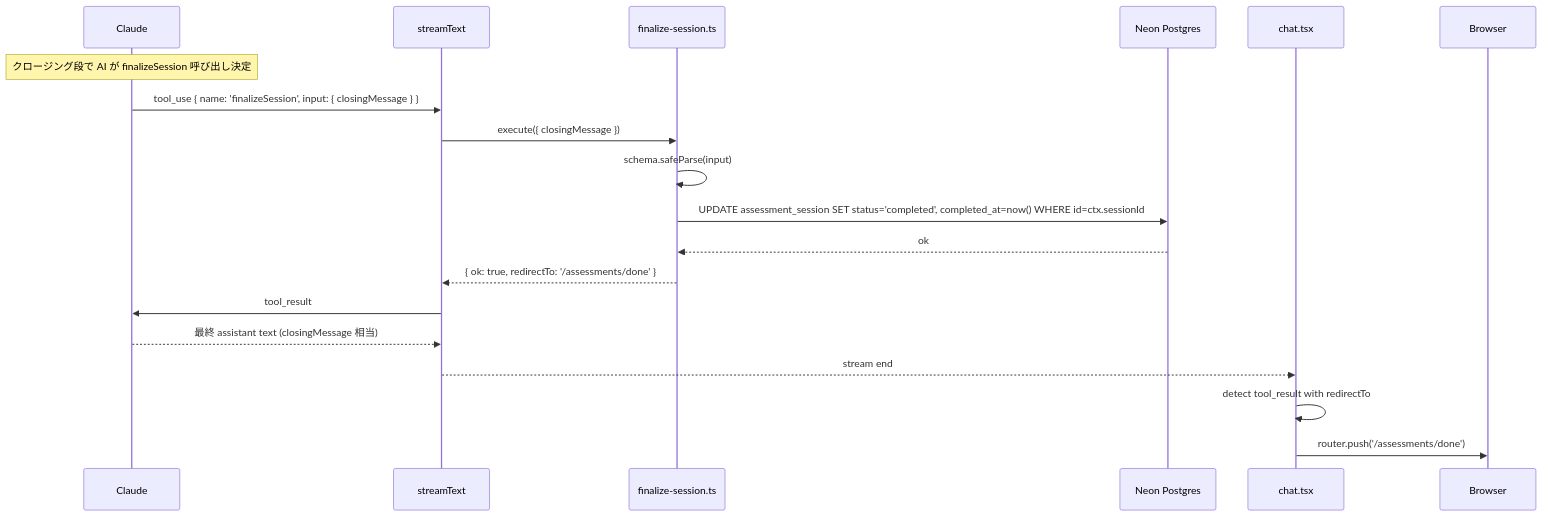
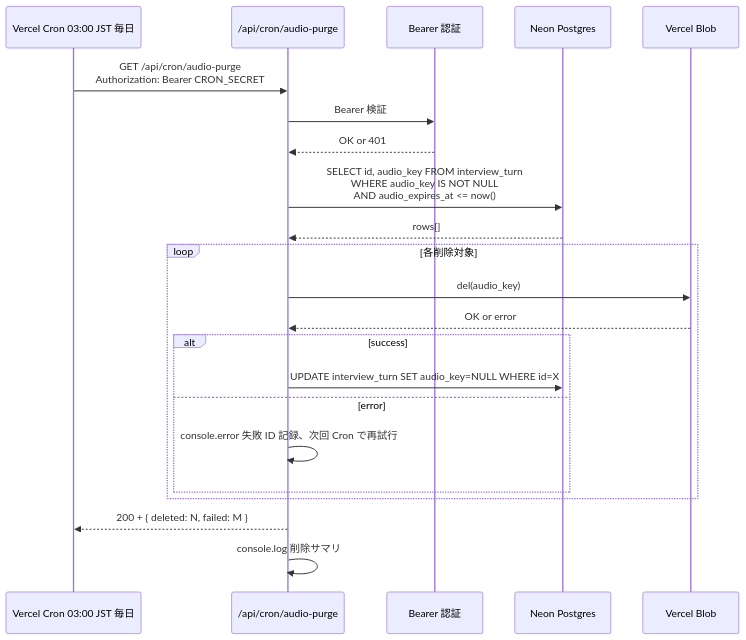
Before and after one commit to nonnta-ww/bulr-app-mvp: the fourth of 6 diagrams in .kiro/specs/assessment-engine/design.md, drawn with Mermaid. The commit also changed other lines of this file and 39 other files, not shown here.

First line of the commit message:
docs(stage1): align specs and steering with face-to-face interview assistant model

````diff
--- a/.kiro/specs/assessment-engine/design.md
+++ b/.kiro/specs/assessment-engine/design.md
@@ -528,22 +534,25 @@
 ```mermaid
 sequenceDiagram
-    participant Anthropic as Claude
-    participant StreamText as streamText
-    participant FinalizeTool as finalize-session.ts
+    participant VC as Vercel Cron 03:00 JST 毎日
+    participant API as /api/cron/audio-purge
+    participant Auth as Bearer 認証
     participant DB as Neon Postgres
-    participant ChatUI as chat.tsx
-    participant Browser
+    participant Blob as Vercel Blob
 
-    Note over Anthropic: クロージング段で AI が finalizeSession 呼び出し決定
-    Anthropic->>StreamText: tool_use { name: 'finalizeSession', input: { closingMessage } }
-    StreamText->>FinalizeTool: execute({ closingMessage })
-    FinalizeTool->>FinalizeTool: schema.safeParse(input)
-    FinalizeTool->>DB: UPDATE assessment_session SET status='completed', completed_at=now() WHERE id=ctx.sessionId
-    DB-->>FinalizeTool: ok
-    FinalizeTool-->>StreamText: { ok: true, redirectTo: '/assessments/done' }
-    StreamText->>Anthropic: tool_result
-    Anthropic-->>StreamText: 最終 assistant text (closingMessage 相当)
-    StreamText-->>ChatUI: stream end
-    ChatUI->>ChatUI: detect tool_result with redirectTo
-    ChatUI->>Browser: router.push('/assessments/done')
+    VC->>API: GET /api/cron/audio-purge<br/>Authorization: Bearer CRON_SECRET
+    API->>Auth: Bearer 検証
+    Auth-->>API: OK or 401
+    API->>DB: SELECT id, audio_key FROM interview_turn<br/>WHERE audio_key IS NOT NULL<br/>AND audio_expires_at <= now()
+    DB-->>API: rows[]
+    loop 各削除対象
+        API->>Blob: del(audio_key)
+        Blob-->>API: OK or error
+        alt success
+            API->>DB: UPDATE interview_turn SET audio_key=NULL WHERE id=X
+        else error
+            API->>API: console.error 失敗 ID 記録、次回 Cron で再試行
+        end
+    end
+    API-->>VC: 200 + { deleted: N, failed: M }
+    API->>API: console.log 削除サマリ
 ```
````
